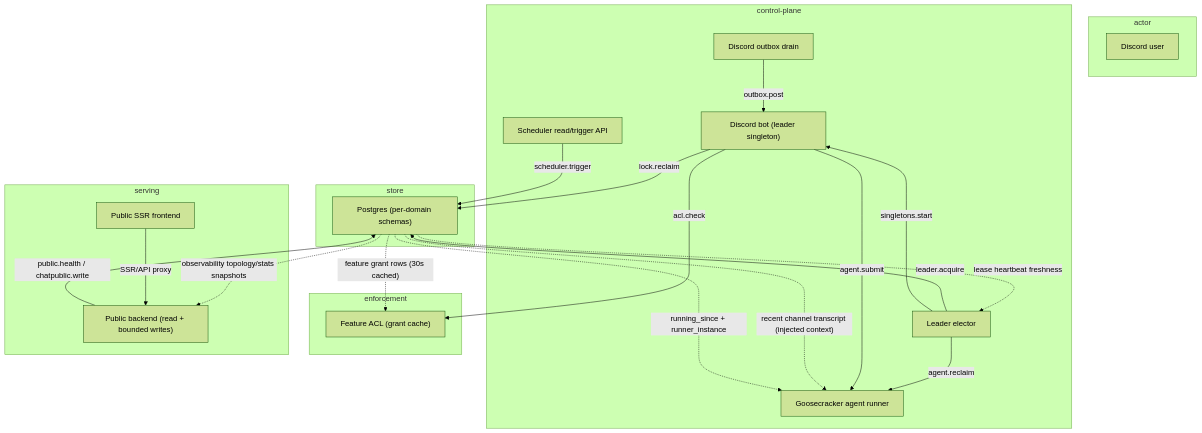
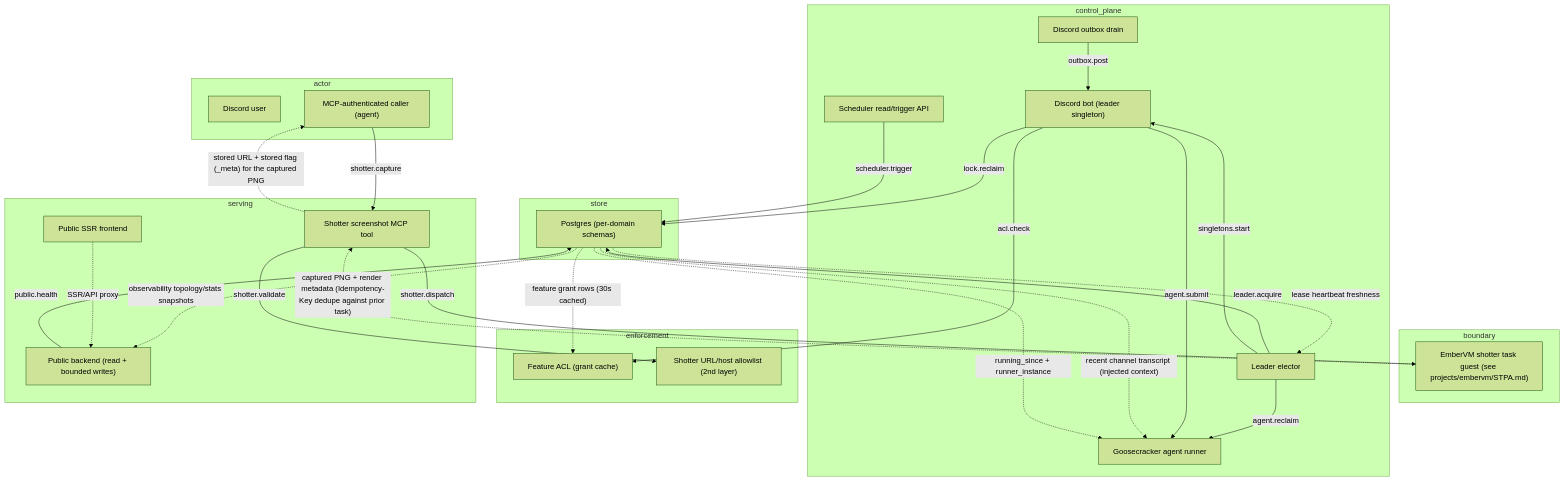
Before and after one commit to jomcgi-org/homelab: the first of 2 diagrams in projects/monolith/STPA.md, drawn with Mermaid (forest theme). The commit also changed other lines of this file, not shown here.

````diff
--- a/projects/monolith/STPA.md
+++ b/projects/monolith/STPA.md
@@ -27,38 +27,49 @@
 ```mermaid
 flowchart TD
   subgraph actor["actor"]
     discord-user["Discord user"]
+    mcp-caller["MCP-authenticated caller (agent)"]
   end
-  subgraph control_plane["control-plane"]
+  subgraph boundary["boundary"]
+    embervm-shotter["EmberVM shotter task guest (see projects/embervm/STPA.md)"]
+  end
+  subgraph control_plane["control_plane"]
     agent-runner["Goosecracker agent runner"]
     bot["Discord bot (leader singleton)"]
     leader-elector["Leader elector"]
     outbox["Discord outbox drain"]
     scheduler-api["Scheduler read/trigger API"]
   end
   subgraph enforcement["enforcement"]
     acl["Feature ACL (grant cache)"]
+    shotter-validate["Shotter URL/host allowlist (2nd layer)"]
   end
   subgraph serving["serving"]
     public-api["Public backend (read + bounded writes)"]
     public-frontend["Public SSR frontend"]
+    shotter-tool["Shotter screenshot MCP tool"]
   end
   subgraph store["store"]
     postgres["Postgres (per-domain schemas)"]
   end
   bot -- "acl.check" --> acl
   leader-elector -- "agent.reclaim" --> agent-runner
   bot -- "agent.submit" --> agent-runner
   leader-elector -- "leader.acquire" --> postgres
   bot -- "lock.reclaim" --> postgres
   outbox -- "outbox.post" --> bot
-  public-api -- "public.health / chatpublic.write" --> postgres
+  public-api -- "public.health" --> postgres
   scheduler-api -- "scheduler.trigger" --> postgres
+  mcp-caller -- "shotter.capture" --> shotter-tool
+  shotter-tool -- "shotter.dispatch" --> embervm-shotter
+  shotter-tool -- "shotter.validate" --> shotter-validate
   leader-elector -- "singletons.start" --> bot
+  embervm-shotter -. "captured PNG + render metadata (Idempotency-Key dedupe against prior task)" .-> shotter-tool
   postgres -. "feature grant rows (30s cached)" .-> acl
   postgres -. "recent channel transcript (injected context)" .-> agent-runner
   postgres -. "running_since + runner_instance" .-> agent-runner
   postgres -. "lease heartbeat freshness" .-> leader-elector
   postgres -. "observability topology/stats snapshots" .-> public-api
-  public-frontend -- "SSR/API proxy" --> public-api
+  public-frontend -. "SSR/API proxy" .-> public-api
+  shotter-tool -. "stored URL + stored flag (_meta) for the captured PNG" .-> mcp-caller
 ```
````
